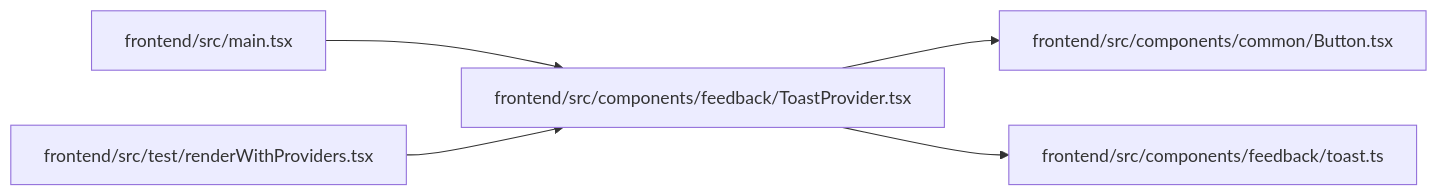
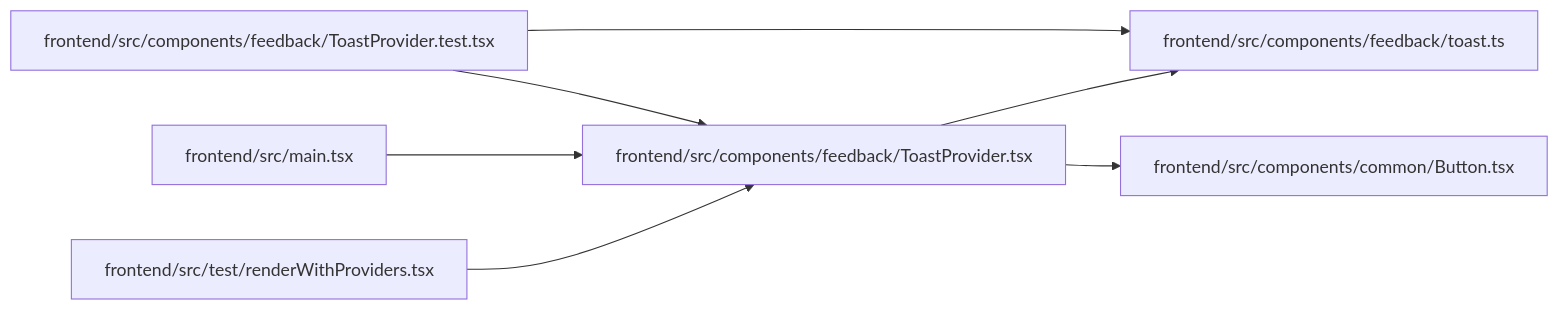
One commit to Denissvgn/WorkChord changed the diagram in docs/llm_wiki/modules/ToastProvider.md. Above: the diagram before and after it, drawn with Mermaid. The commit also changed other lines of this file and 351 other files, not shown here.

````diff
--- a/docs/llm_wiki/modules/ToastProvider.md
+++ b/docs/llm_wiki/modules/ToastProvider.md
@@ -33,17 +33,21 @@
 ```mermaid
 flowchart LR
     n0["frontend/src/components/common/Button.tsx"]
     n1["frontend/src/components/feedback/toast.ts"]
-    n2["frontend/src/components/feedback/ToastProvider.tsx"]
-    n3["frontend/src/main.tsx"]
-    n4["frontend/src/test/renderWithProviders.tsx"]
-    n2 --> n0
+    n2["frontend/src/components/feedback/ToastProvider.test.tsx"]
+    n3["frontend/src/components/feedback/ToastProvider.tsx"]
+    n4["frontend/src/main.tsx"]
+    n5["frontend/src/test/renderWithProviders.tsx"]
     n2 --> n1
-    n3 --> n2
-    n4 --> n2
+    n2 --> n3
+    n3 --> n0
+    n3 --> n1
+    n4 --> n3
+    n5 --> n3
     click n0 "../modules/Button.md"
     click n1 "../modules/toast.md"
-    click n2 "../modules/ToastProvider.md"
-    click n3 "../modules/src_main.md"
-    click n4 "../modules/renderWithProviders.md"
+    click n2 "../modules/ToastProvider.test.md"
+    click n3 "../modules/ToastProvider.md"
+    click n4 "../modules/src_main.md"
+    click n5 "../modules/renderWithProviders.md"
 ```
````
